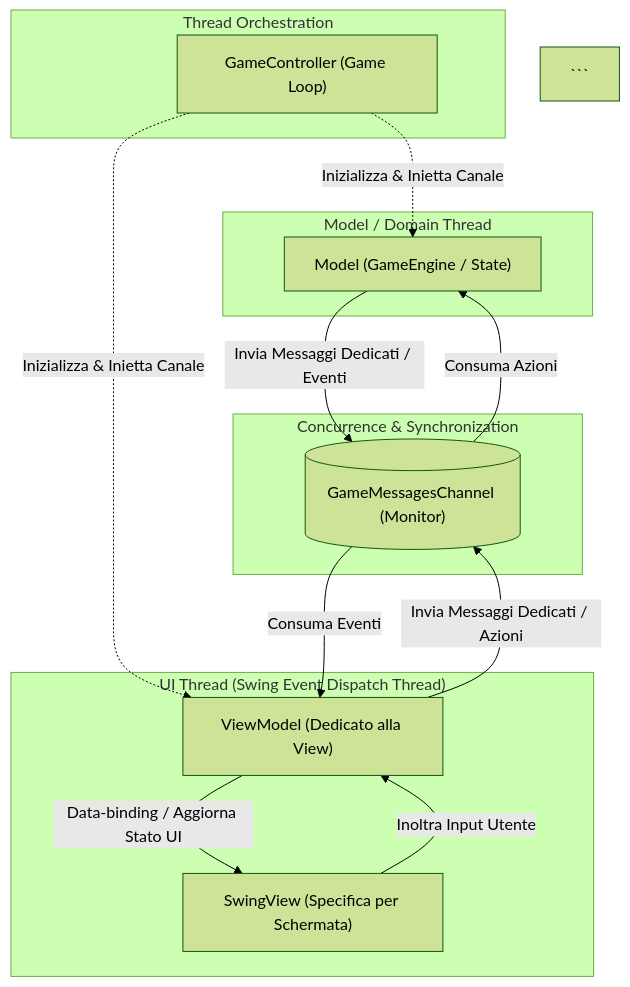
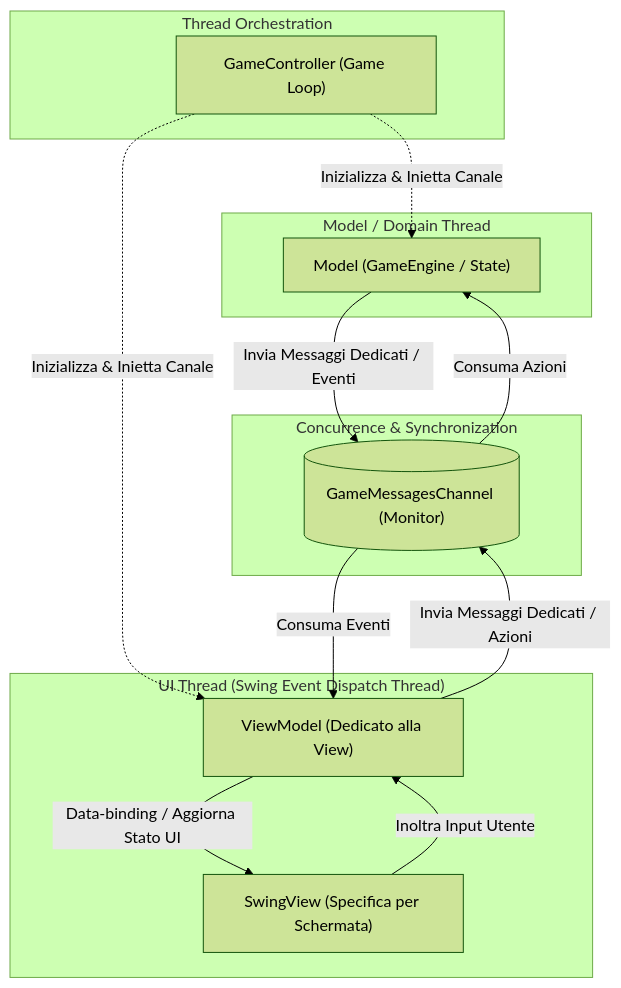
The first of 2 diagrams in docs/Design Architetturale/index.md (GiuseppeGambacorta/PPS-25-SCRYPTION), drawn with Mermaid (forest theme) before and after one commit. The commit also changed other lines of this file, not shown here.

````diff
--- a/docs/Design Architetturale/index.md
+++ b/docs/Design Architetturale/index.md
@@ -14,32 +14,31 @@
 <pre class="mermaid">
 flowchart TD
     subgraph Execution["Thread Orchestration"]
         GC["GameController (Game Loop)"]
     end
 
     subgraph PresentationThread["UI Thread (Swing Event Dispatch Thread)"]
         SV["SwingView (Specifica per Schermata)"]
         VM["ViewModel (Dedicato alla View)"]
     end
 
     subgraph Communication["Concurrence & Synchronization"]
         CH[("GameMessagesChannel (Monitor)")]
     end
 
     subgraph EngineThread["Model / Domain Thread"]
         GE["Model (GameEngine / State)"]
     end
 
     GC -.->|Inizializza & Inietta Canale| GE
     GC -.->|Inizializza & Inietta Canale| VM
 
     SV -->|Inoltra Input Utente| VM
     VM -->|Data-binding / Aggiorna Stato UI| SV
 
     VM -->|Invia Messaggi Dedicati / Azioni| CH
     CH -->|Consuma Azioni| GE
 
     GE -->|Invia Messaggi Dedicati / Eventi| CH
     CH -->|Consuma Eventi| VM
-```
 </pre>
````
